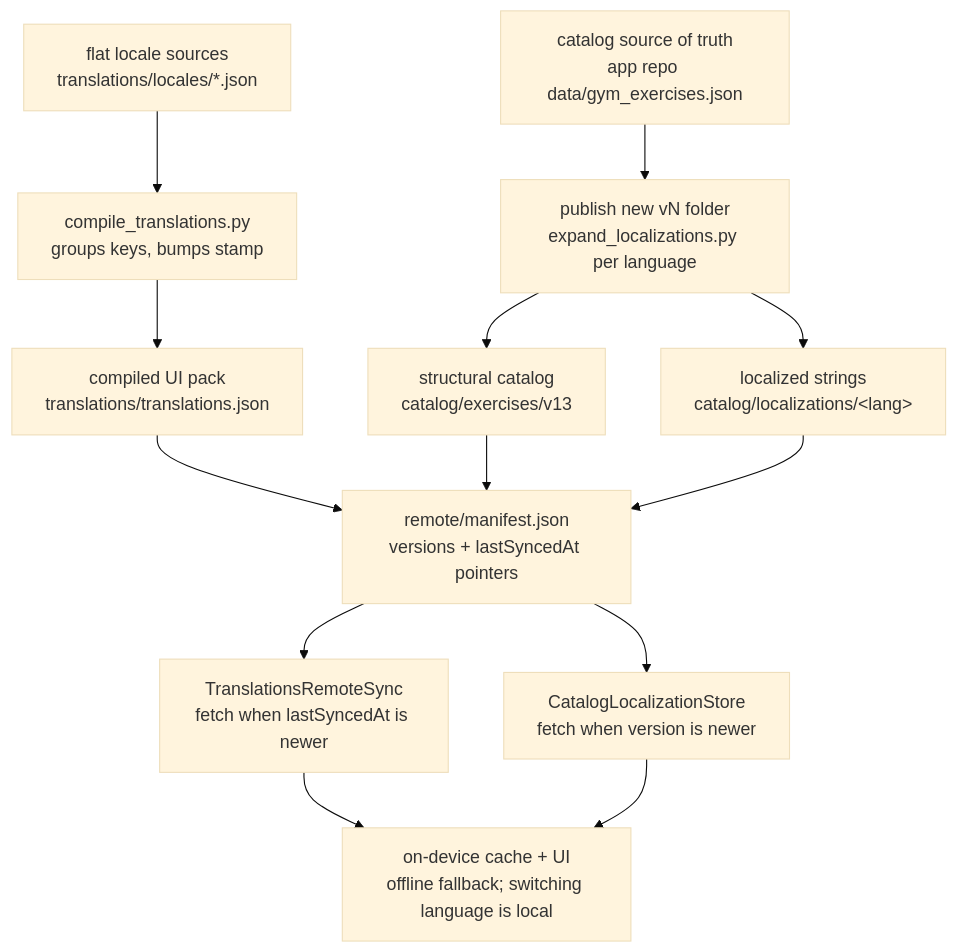
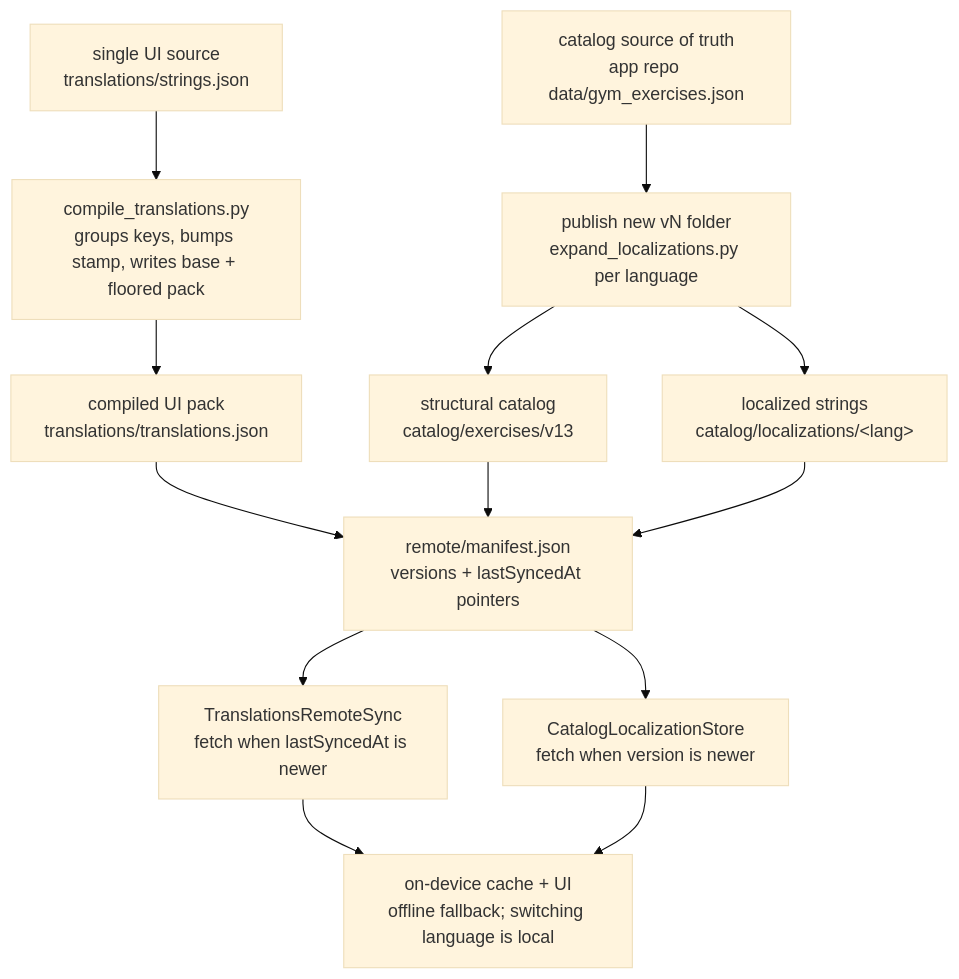
Before and after one commit to davoxdavo/weightliftingAssets: the diagram in CONTENT_PIPELINE.md, drawn with Mermaid (base theme). The commit also changed other lines of this file and 23 other files, not shown here.

````diff
--- a/CONTENT_PIPELINE.md
+++ b/CONTENT_PIPELINE.md
@@ -12,19 +12,19 @@
 ```mermaid
 flowchart TD
-    A1["flat locale sources<br/>translations/locales/*.json"] --> A2["compile_translations.py<br/>groups keys, bumps stamp"]
+    A1["single UI source<br/>translations/strings.json"] --> A2["compile_translations.py<br/>groups keys, bumps stamp, writes base + floored pack"]
     A2 --> A3["compiled UI pack<br/>translations/translations.json"]
 
     B1["catalog source of truth<br/>app repo data/gym_exercises.json"] --> B2["publish new vN folder<br/>expand_localizations.py per language"]
     B2 --> B3["structural catalog<br/>catalog/exercises/v13"]
     B2 --> B4["localized strings<br/>catalog/localizations/&lt;lang&gt;"]
 
     A3 --> M["remote/manifest.json<br/>versions + lastSyncedAt pointers"]
     B3 --> M
     B4 --> M
 
     M --> C1["TranslationsRemoteSync<br/>fetch when lastSyncedAt is newer"]
     M --> C2["CatalogLocalizationStore<br/>fetch when version is newer"]
 
     C1 --> D["on-device cache + UI<br/>offline fallback; switching language is local"]
     C2 --> D
 ```
````
